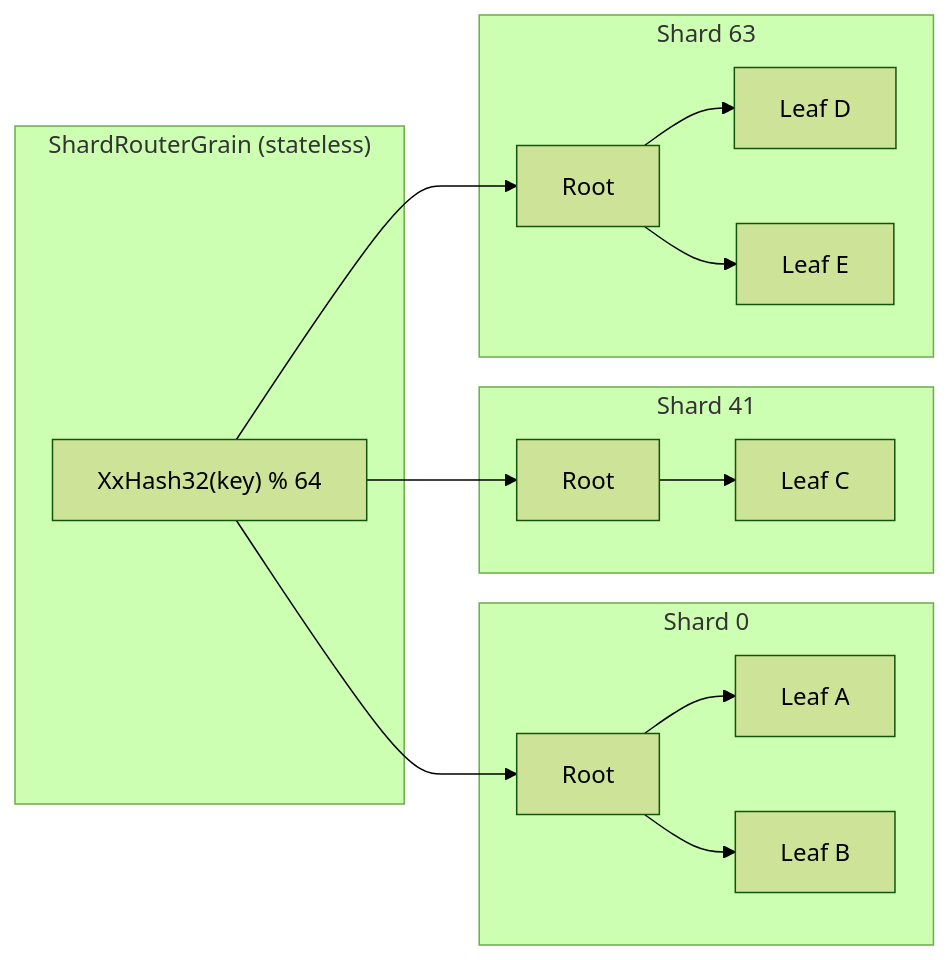
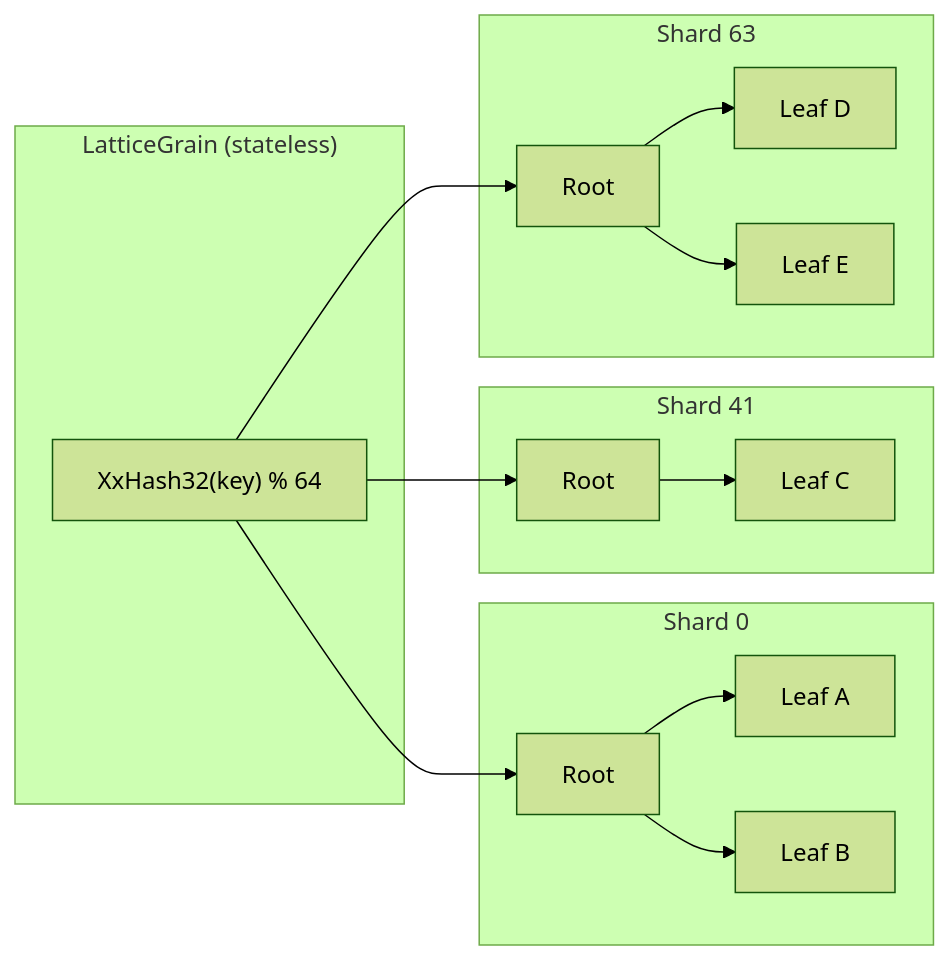
Before and after one commit to NSTA1/Orleans.Lattice: the second of 8 diagrams in README.md, drawn with Mermaid (forest theme). The commit also changed other lines of this file and 16 other files, not shown here.

````diff
--- a/README.md
+++ b/README.md
@@ -58,24 +71,24 @@
 ```mermaid
 flowchart LR
-    subgraph Router["ShardRouterGrain (stateless)"]
+    subgraph Router["LatticeGrain (stateless)"]
         H["XxHash32(key) % 64"]
     end
 
     subgraph Shard0["Shard 0"]
         R0[Root] --> LA[Leaf A]
         R0 --> LB[Leaf B]
     end
 
     subgraph Shard41["Shard 41"]
         R41[Root] --> LC[Leaf C]
     end
 
     subgraph Shard63["Shard 63"]
         R63[Root] --> LD[Leaf D]
         R63 --> LE[Leaf E]
     end
 
     H --> R0
     H --> R41
     H --> R63
 ```
````
